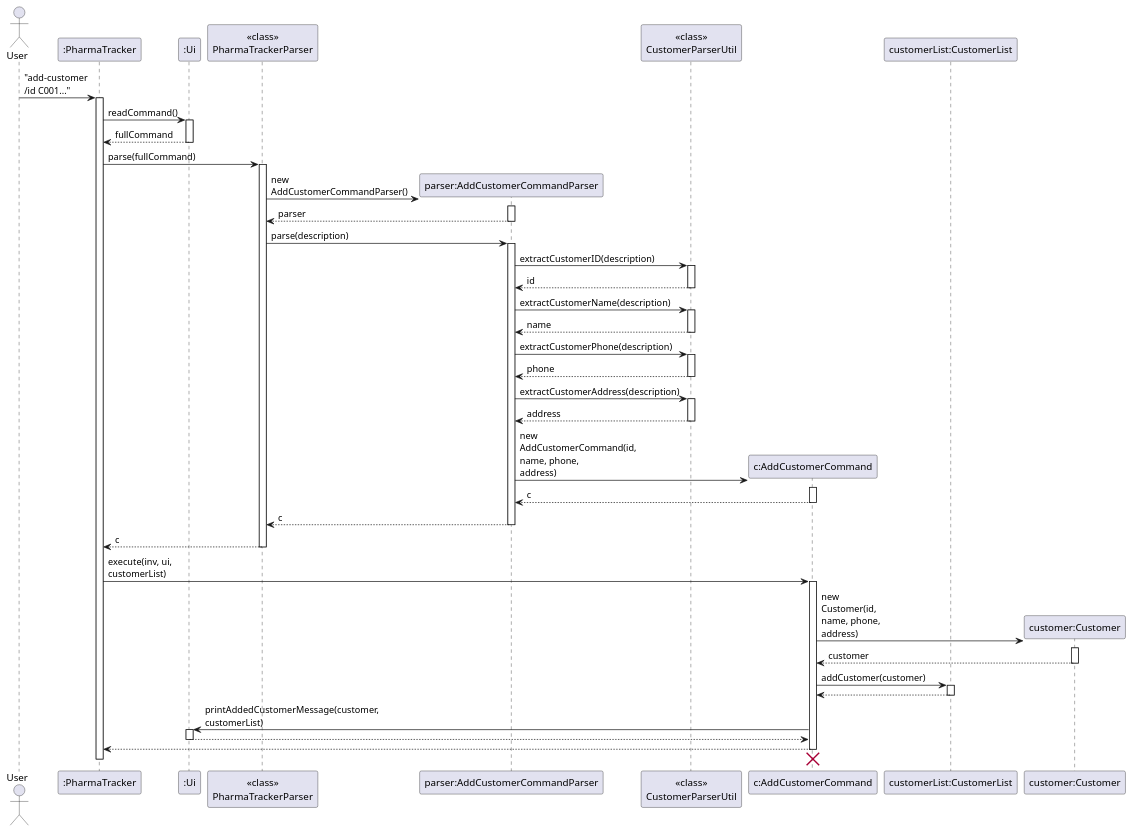
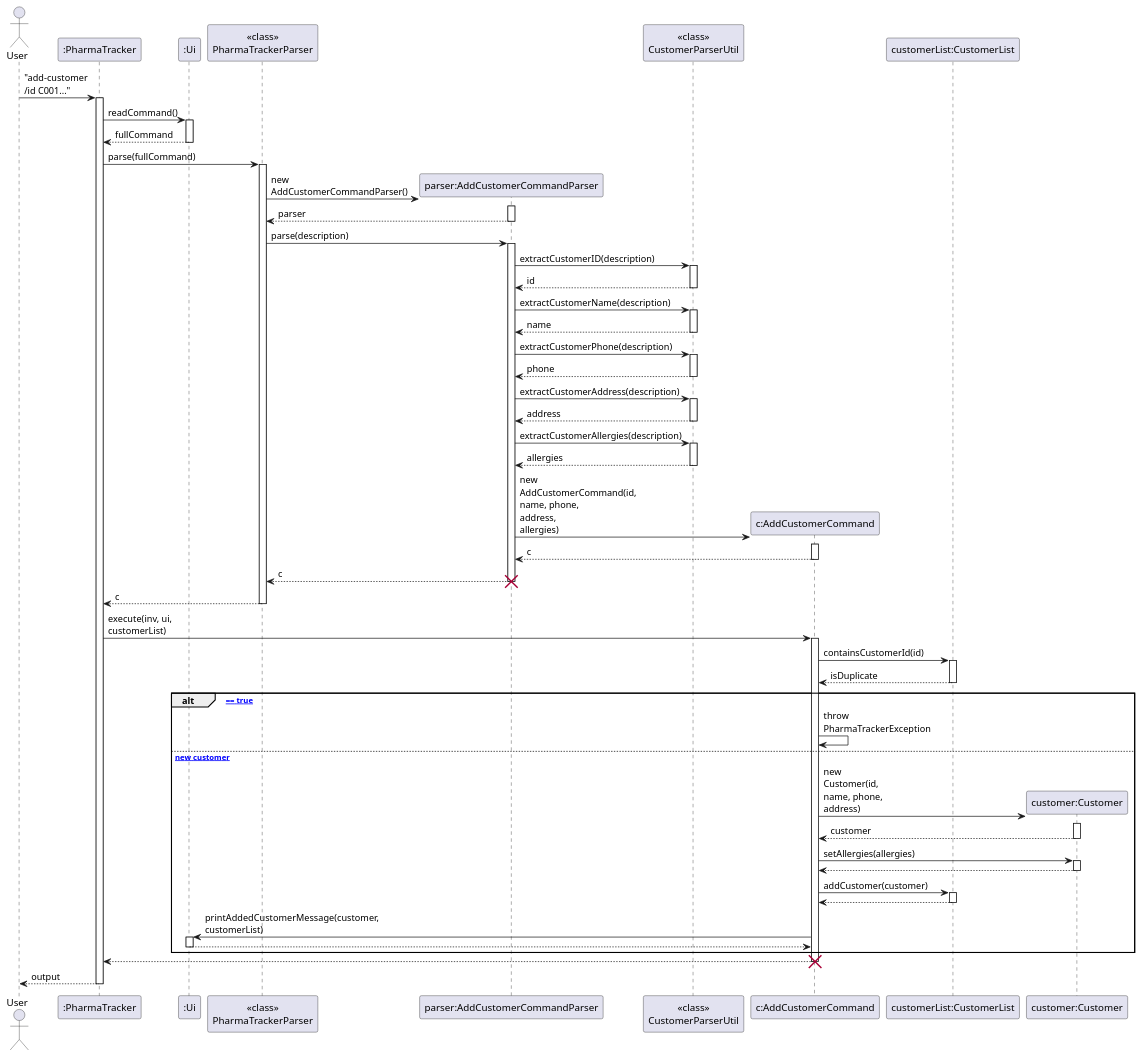
The diagram in docs/diagrams/AddCustomerCommandSequence.puml (karthikkathiresh/tp), drawn with PlantUML before and after one commit. The commit also changed 1 other file, not shown here.

Commit message:
Update AddCustomerCommand sequence diagram

```diff
--- a/docs/diagrams/AddCustomerCommandSequence.puml
+++ b/docs/diagrams/AddCustomerCommandSequence.puml
@@ -1,92 +1,112 @@
 @startuml
 skinparam ArrowFontStyle plain
 skinparam maxMessageSize 100
 
 actor User
 participant ":PharmaTracker" as PharmaTracker
 participant ":Ui" as Ui
 participant "<<class>>\nPharmaTrackerParser" as PTP
 participant "parser:AddCustomerCommandParser" as AddCustParser
 participant "<<class>>\nCustomerParserUtil" as CustParserUtil
 participant "c:AddCustomerCommand" as AddCustCmd
 participant "customerList:CustomerList" as CustomerList
 participant "customer:Customer" as Customer
 
 User -> PharmaTracker : "add-customer /id C001..."
 activate PharmaTracker
 
 PharmaTracker -> Ui : readCommand()
 activate Ui
 Ui --> PharmaTracker : fullCommand
 deactivate Ui
 
 PharmaTracker -> PTP : parse(fullCommand)
 activate PTP
 
 create AddCustParser
 PTP -> AddCustParser : new AddCustomerCommandParser()
 activate AddCustParser
 AddCustParser --> PTP : parser
 deactivate AddCustParser
 
 PTP -> AddCustParser : parse(description)
 activate AddCustParser
 
 AddCustParser -> CustParserUtil : extractCustomerID(description)
 activate CustParserUtil
 CustParserUtil --> AddCustParser : id
 deactivate CustParserUtil
 
 AddCustParser -> CustParserUtil : extractCustomerName(description)
 activate CustParserUtil
 CustParserUtil --> AddCustParser : name
 deactivate CustParserUtil
 
 AddCustParser -> CustParserUtil : extractCustomerPhone(description)
 activate CustParserUtil
 CustParserUtil --> AddCustParser : phone
 deactivate CustParserUtil
 
 AddCustParser -> CustParserUtil : extractCustomerAddress(description)
 activate CustParserUtil
 CustParserUtil --> AddCustParser : address
 deactivate CustParserUtil
 
+AddCustParser -> CustParserUtil : extractCustomerAllergies(description)
+activate CustParserUtil
+CustParserUtil --> AddCustParser : allergies
+deactivate CustParserUtil
+
 create AddCustCmd
-AddCustParser -> AddCustCmd : new AddCustomerCommand(id, name, phone, address)
+AddCustParser -> AddCustCmd : new AddCustomerCommand(id, name, phone, address, allergies)
 activate AddCustCmd
 AddCustCmd --> AddCustParser : c
 deactivate AddCustCmd
 
 AddCustParser --> PTP : c
 deactivate AddCustParser
+destroy AddCustParser
 
 PTP --> PharmaTracker : c
 deactivate PTP
 
 PharmaTracker -> AddCustCmd : execute(inv, ui, customerList)
 activate AddCustCmd
 
-create Customer
-AddCustCmd -> Customer : new Customer(id, name, phone, address)
-activate Customer
-Customer --> AddCustCmd : customer
-deactivate Customer
-
-AddCustCmd -> CustomerList : addCustomer(customer)
+AddCustCmd -> CustomerList : containsCustomerId(id)
 activate CustomerList
-CustomerList --> AddCustCmd
+CustomerList --> AddCustCmd : isDuplicate
 deactivate CustomerList
 
-AddCustCmd -> Ui : printAddedCustomerMessage(customer, customerList)
-activate Ui
-Ui --> AddCustCmd
-deactivate Ui
+alt [isDuplicate == true]
+    AddCustCmd -> AddCustCmd : throw PharmaTrackerException
+else [valid new customer]
+    create Customer
+    AddCustCmd -> Customer : new Customer(id, name, phone, address)
+    activate Customer
+    Customer --> AddCustCmd : customer
+    deactivate Customer
+
+    AddCustCmd -> Customer : setAllergies(allergies)
+    activate Customer
+    Customer --> AddCustCmd
+    deactivate Customer
+
+    AddCustCmd -> CustomerList : addCustomer(customer)
+    activate CustomerList
+    CustomerList --> AddCustCmd
+    deactivate CustomerList
+
+    AddCustCmd -> Ui : printAddedCustomerMessage(customer, customerList)
+    activate Ui
+    Ui --> AddCustCmd
+    deactivate Ui
+end
 
 AddCustCmd --> PharmaTracker
 deactivate AddCustCmd
-AddCustCmd -[hidden]-> AddCustParser
 destroy AddCustCmd
 
+PharmaTracker --> User : output
 deactivate PharmaTracker
 @enduml
```
